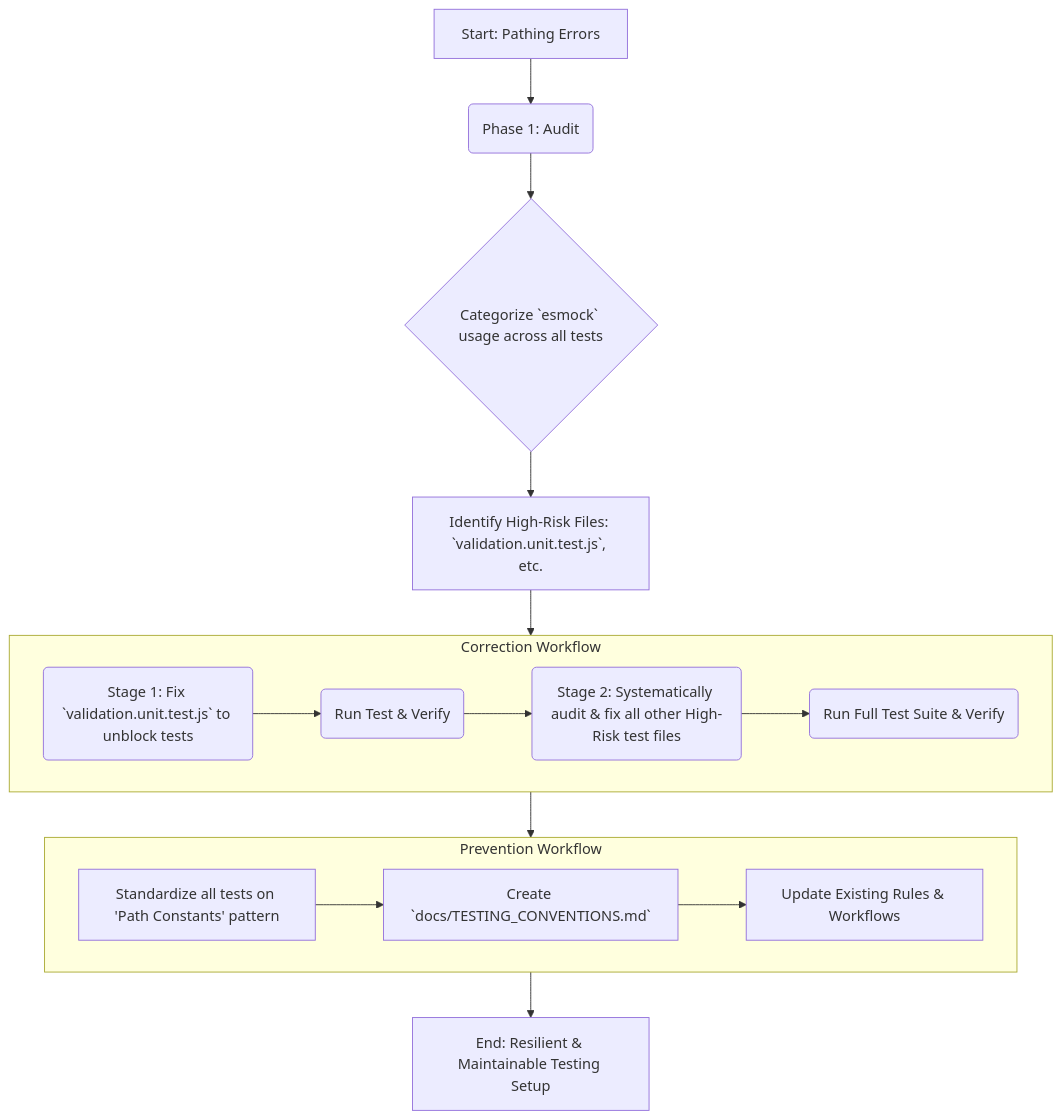
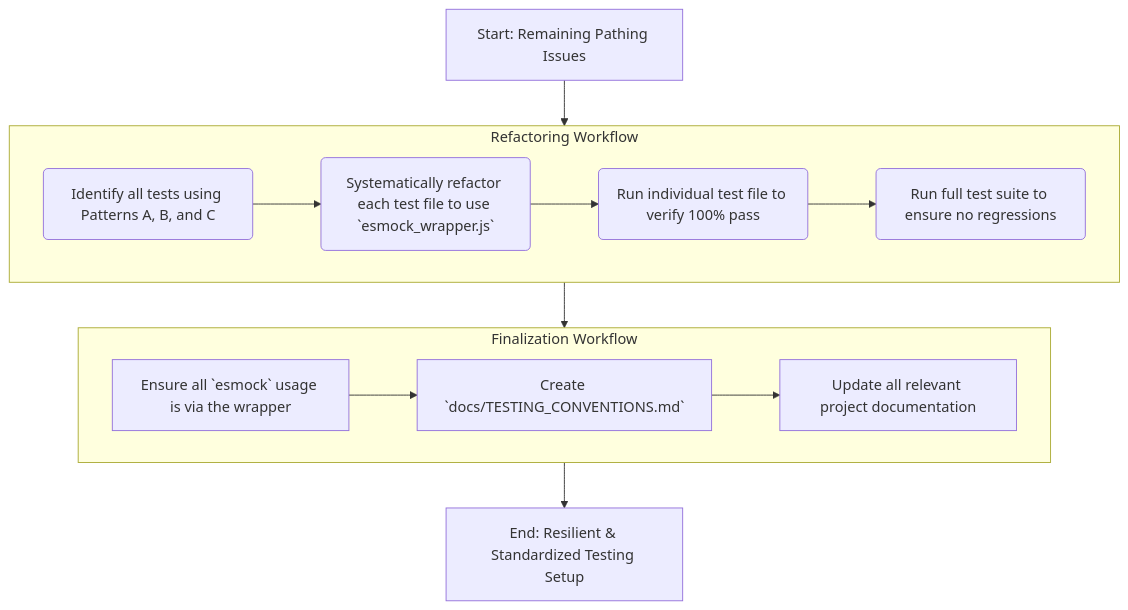
One commit to SevWren/MuellerEuchre changed the diagram in docs/esmock_fix_and_prevention_plan.md. Above: the diagram before and after it, drawn with Mermaid. The commit also changed other lines of this file and 4 other files, not shown here.

````diff
--- a/docs/esmock_fix_and_prevention_plan.md
+++ b/docs/esmock_fix_and_prevention_plan.md
@@ -19,23 +27,19 @@
 ```mermaid
 graph TD
-    A[Start: Pathing Errors] --> B(Phase 1: Audit);
-    B --> C{Categorize `esmock` usage across all tests};
-    C --> D[Identify High-Risk Files: `validation.unit.test.js`, etc.];
-
-    D --> E(Phase 2: Staged Correction);
-    subgraph E [Correction Workflow]
+    A[Start: Remaining Pathing Issues] --> B(Phase 1: Complete Refactoring);
+    subgraph B [Refactoring Workflow]
         direction LR
-        F(Stage 1: Fix `validation.unit.test.js` to unblock tests) --> G(Run Test & Verify);
-        G --> H(Stage 2: Systematically audit & fix all other High-Risk test files);
-        H --> I(Run Full Test Suite & Verify);
+        C(Identify all tests using Patterns A, B, and C) --> D(Systematically refactor each test file to use `esmock_wrapper.js`);
+        D --> E(Run individual test file to verify 100% pass);
+        E --> F(Run full test suite to ensure no regressions);
     end
 
-    I --> J(Phase 3: Prevention & Documentation);
-    subgraph J [Prevention Workflow]
+    F --> G(Phase 2: Finalization & Documentation);
+    subgraph G [Finalization Workflow]
       direction LR
-      K[Standardize all tests on 'Path Constants' pattern] --> L[Create `docs/TESTING_CONVENTIONS.md`];
-      L --> M[Update Existing Rules & Workflows];
+      H[Ensure all `esmock` usage is via the wrapper] --> I[Create `docs/TESTING_CONVENTIONS.md`];
+      I --> J[Update all relevant project documentation];
     end
 
-    M --> N[End: Resilient & Maintainable Testing Setup];
+    J --> K[End: Resilient & Standardized Testing Setup];
 ```
````
